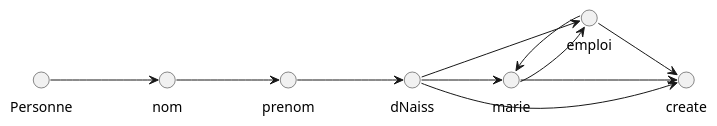
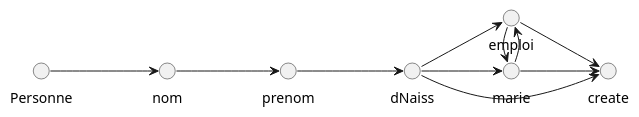
One commit to stef38-code/bibliotheque changed the diagram in src/docs/asciidoc/diagrams/fluentCas1PlusCas2PlusCas3PlusCas4.puml. Above: the diagram before and after it, drawn with PlantUML. The commit also changed 12 other files, not shown here.

```diff
--- a/src/docs/asciidoc/diagrams/fluentCas1PlusCas2PlusCas3PlusCas4.puml
+++ b/src/docs/asciidoc/diagrams/fluentCas1PlusCas2PlusCas3PlusCas4.puml
@@ -1,24 +1,24 @@
 @startuml
 
 left to right direction
 circle Personne
 circle nom
 circle prenom
 circle dNaiss
 circle marie
 circle emploi
 circle create
 Personne --> nom
 nom --> prenom
 prenom --> dNaiss
 dNaiss --> marie
 dNaiss --> emploi
 
-marie --> emploi
-emploi --> marie
+marie -up-> emploi
+emploi -left-> marie
 
 dNaiss --> create
 marie --> create
 emploi --> create
 
 @enduml
```
